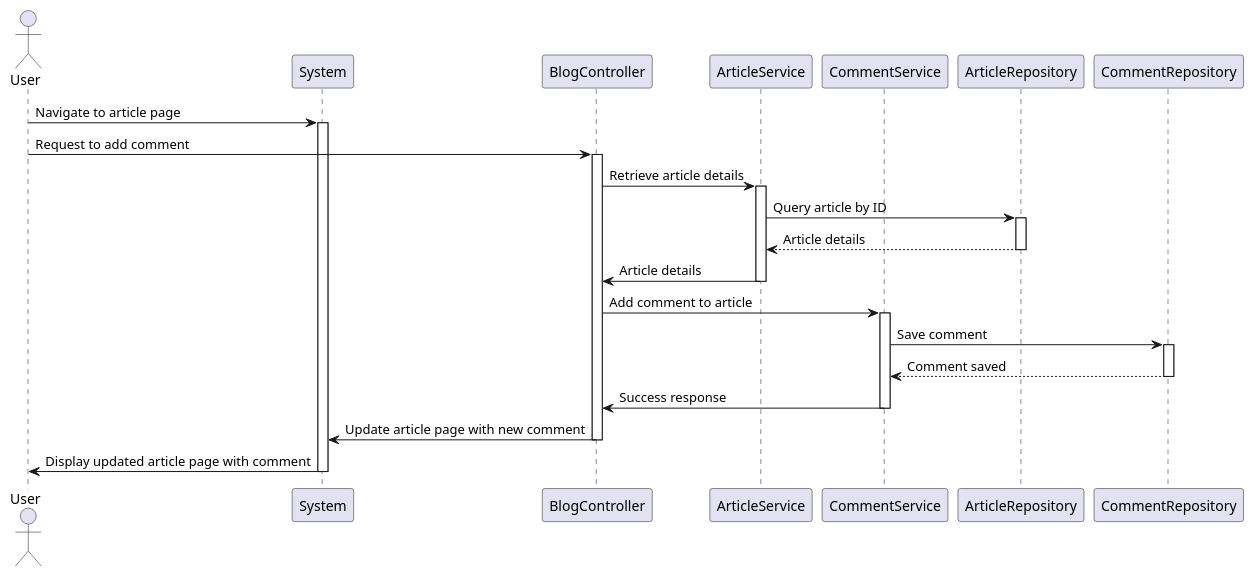
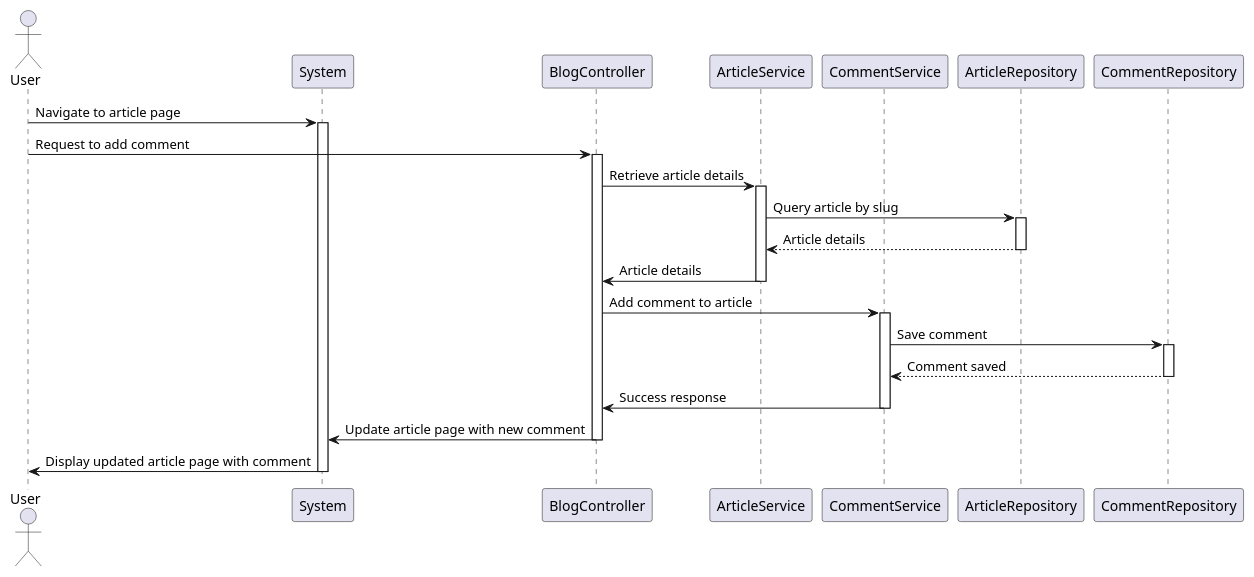
Before and after one commit to Waarrez/Blog-PHP-Projet-Openclassrooms: the diagram in schémas/séquences/comment_séquence.puml, drawn with PlantUML. The commit also changed 34 other files, not shown here.

```diff
--- a/schémas/séquences/comment_séquence.puml
+++ b/schémas/séquences/comment_séquence.puml
@@ -1,45 +1,45 @@
 @startuml
 
 actor User as User
 participant "System" as System
 participant BlogController as Controller
 participant ArticleService as ArticleService
 participant CommentService as CommentService
 participant ArticleRepository as ArticleRepo
 participant CommentRepository as CommentRepo
 
 User -> System: Navigate to article page
 activate System
 
 User -> Controller: Request to add comment
 activate Controller
 
 Controller -> ArticleService: Retrieve article details
 activate ArticleService
 
-ArticleService -> ArticleRepo: Query article by ID
+ArticleService -> ArticleRepo: Query article by slug
 activate ArticleRepo
 ArticleRepo --> ArticleService: Article details
 deactivate ArticleRepo
 
 ArticleService -> Controller: Article details
 deactivate ArticleService
 
 Controller -> CommentService: Add comment to article
 activate CommentService
 
 CommentService -> CommentRepo: Save comment
 activate CommentRepo
 CommentRepo --> CommentService: Comment saved
 deactivate CommentRepo
 
 CommentService -> Controller: Success response
 deactivate CommentService
 
 Controller -> System: Update article page with new comment
 deactivate Controller
 
 System -> User: Display updated article page with comment
 
 deactivate System
 @enduml
```
